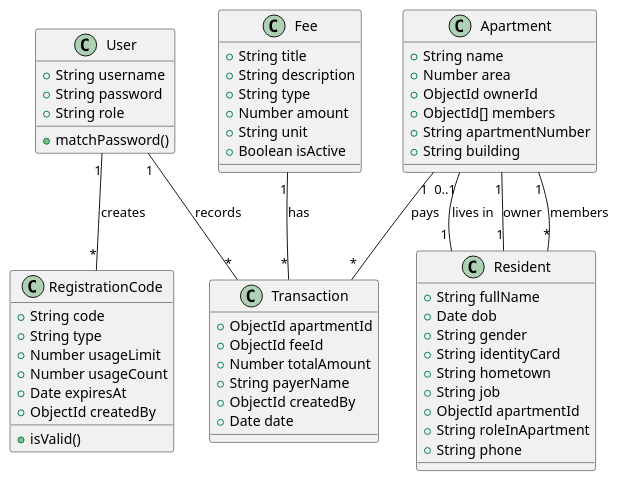
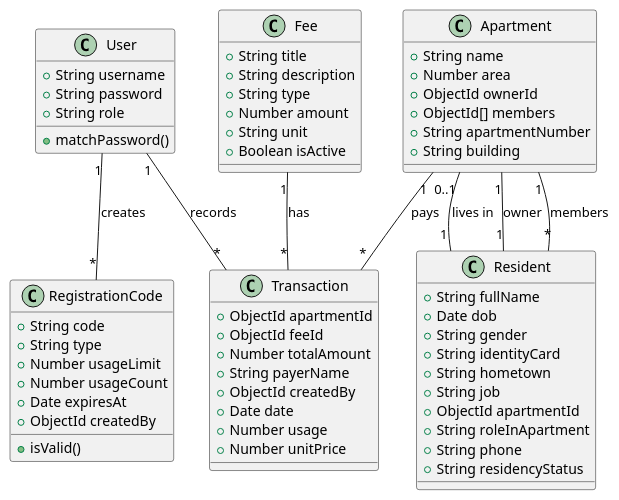
One commit to nqd2/bluemoon-admin-fe changed the diagram in docs/diagrams/class_diagram.puml. Above: the diagram before and after it, drawn with PlantUML. The commit also changed 21 other files, not shown here.

```diff
--- a/docs/diagrams/class_diagram.puml
+++ b/docs/diagrams/class_diagram.puml
@@ -1,66 +1,69 @@
 @startuml Class_Diagram
 class User {
   +String username
   +String password
   +String role
   +matchPassword()
 }
 
 class Resident {
   +String fullName
   +Date dob
   +String gender
   +String identityCard
   +String hometown
   +String job
   +ObjectId apartmentId
   +String roleInApartment
   +String phone
+  +String residencyStatus
 }
 
 class Apartment {
   +String name
   +Number area
   +ObjectId ownerId
   +ObjectId[] members
   +String apartmentNumber
   +String building
 }
 
 class Fee {
   +String title
   +String description
   +String type
   +Number amount
   +String unit
   +Boolean isActive
 }
 
 class Transaction {
   +ObjectId apartmentId
   +ObjectId feeId
   +Number totalAmount
   +String payerName
   +ObjectId createdBy
   +Date date
+  +Number usage
+  +Number unitPrice
 }
 
 class RegistrationCode {
   +String code
   +String type
   +Number usageLimit
   +Number usageCount
   +Date expiresAt
   +ObjectId createdBy
   +isValid()
 }
 
 User "1" -- "*" RegistrationCode : creates
 User "1" -- "*" Transaction : records
 Apartment "1" -- "1" Resident : owner
 Apartment "1" -- "*" Resident : members
 Apartment "1" -- "*" Transaction : pays
 Fee "1" -- "*" Transaction : has
 Resident "1" -- "0..1" Apartment : lives in
 
 @enduml
```
